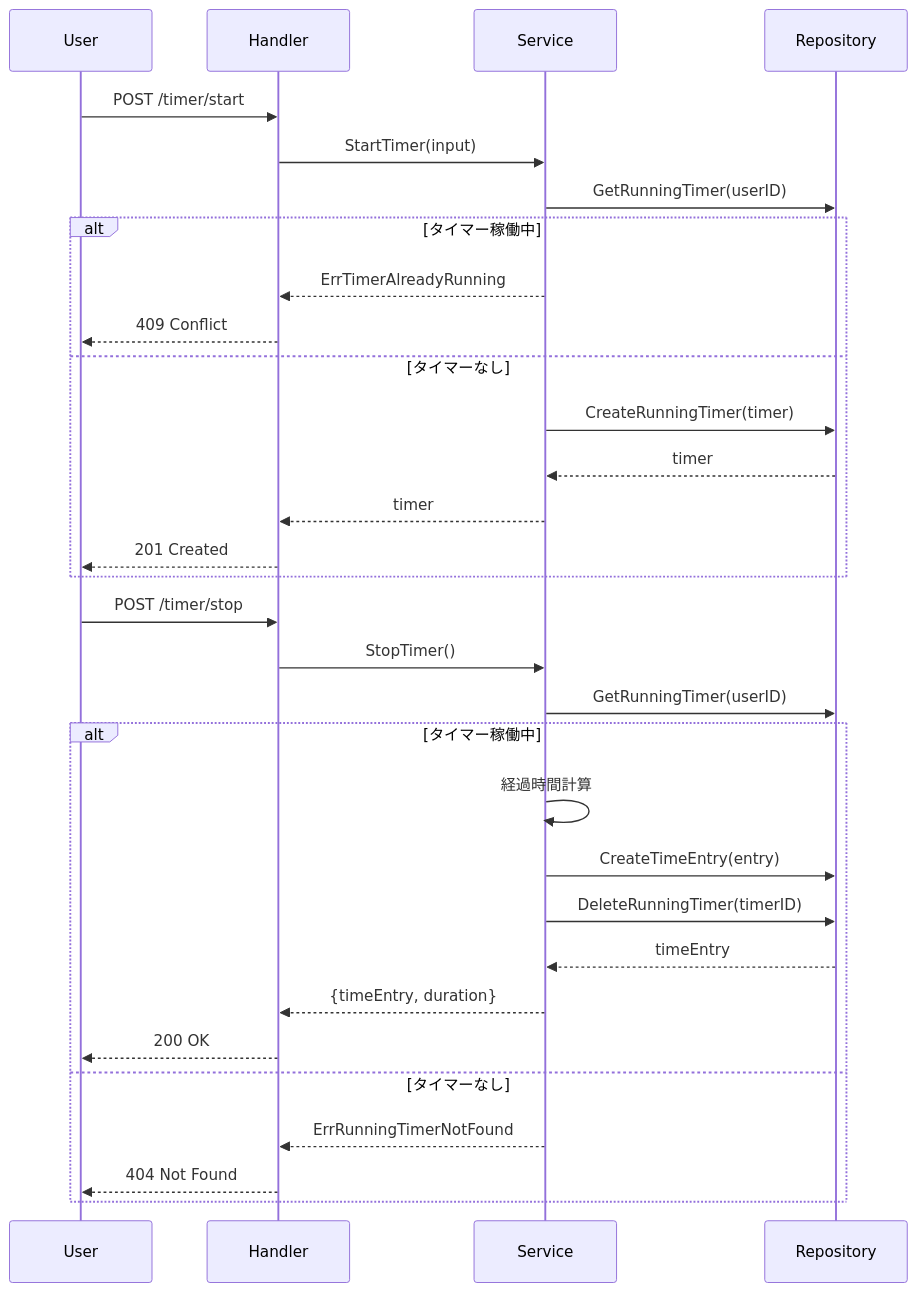
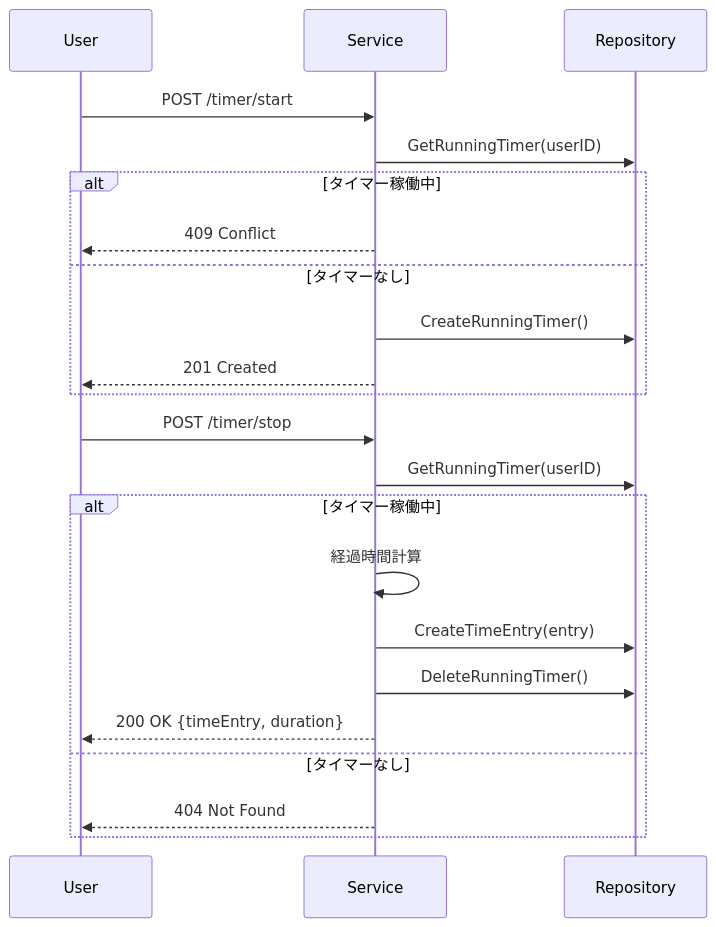
Before and after one commit to yu-min3/kensan: the fourth of 4 diagrams in backend/services/timeblock/ARCHITECTURE.md, drawn with Mermaid. The commit also changed other lines of this file and 117 other files, not shown here.

````diff
--- a/backend/services/timeblock/ARCHITECTURE.md
+++ b/backend/services/timeblock/ARCHITECTURE.md
@@ -340,35 +176,26 @@
 ```mermaid
 sequenceDiagram
     participant User
-    participant Handler
     participant Service
     participant Repository
 
-    User->>Handler: POST /timer/start
-    Handler->>Service: StartTimer(input)
+    User->>Service: POST /timer/start
     Service->>Repository: GetRunningTimer(userID)
     alt タイマー稼働中
-        Service-->>Handler: ErrTimerAlreadyRunning
-        Handler-->>User: 409 Conflict
+        Service-->>User: 409 Conflict
     else タイマーなし
-        Service->>Repository: CreateRunningTimer(timer)
-        Repository-->>Service: timer
-        Service-->>Handler: timer
-        Handler-->>User: 201 Created
+        Service->>Repository: CreateRunningTimer()
+        Service-->>User: 201 Created
     end
 
-    User->>Handler: POST /timer/stop
-    Handler->>Service: StopTimer()
+    User->>Service: POST /timer/stop
     Service->>Repository: GetRunningTimer(userID)
     alt タイマー稼働中
         Service->>Service: 経過時間計算
         Service->>Repository: CreateTimeEntry(entry)
-        Service->>Repository: DeleteRunningTimer(timerID)
-        Repository-->>Service: timeEntry
-        Service-->>Handler: {timeEntry, duration}
-        Handler-->>User: 200 OK
+        Service->>Repository: DeleteRunningTimer()
+        Service-->>User: 200 OK {timeEntry, duration}
     else タイマーなし
-        Service-->>Handler: ErrRunningTimerNotFound
-        Handler-->>User: 404 Not Found
+        Service-->>User: 404 Not Found
     end
 ```
````
